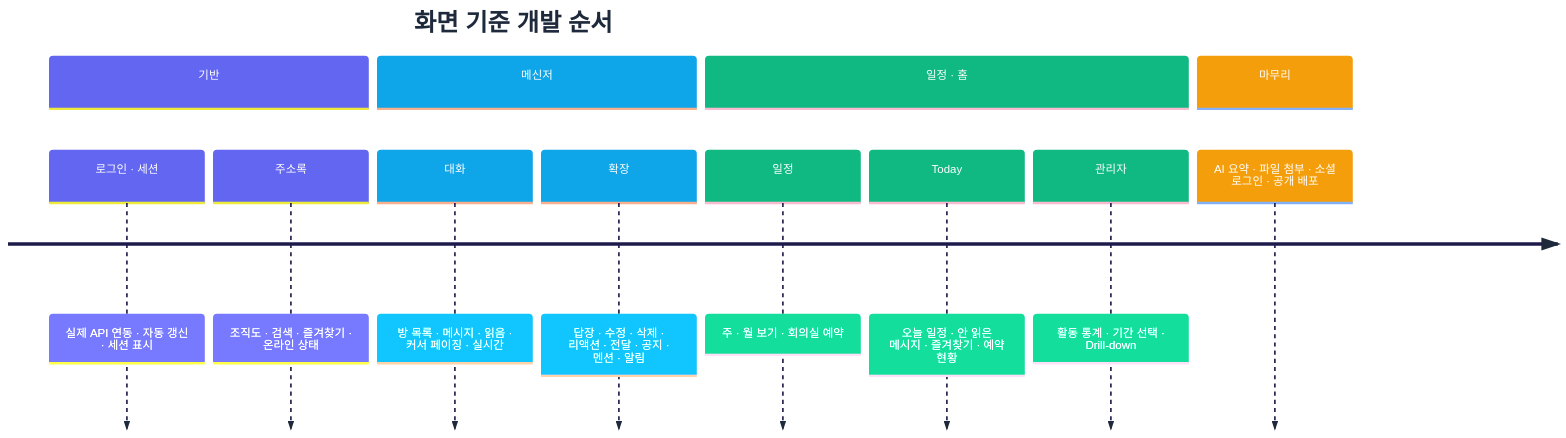
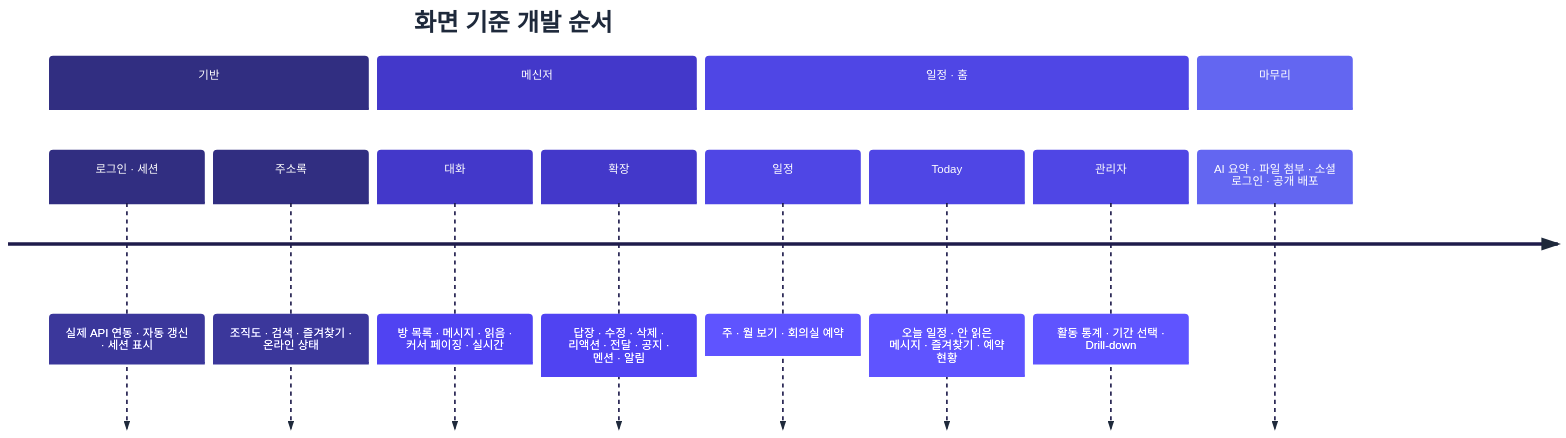
Before and after one commit to wjsgusdn12/naverworks_clone_front: the diagram in docs/diagrams/roadmap.mmd, drawn with Mermaid. The commit also changed 19 other files, not shown here.

```diff
--- a/docs/diagrams/roadmap.mmd
+++ b/docs/diagrams/roadmap.mmd
@@ -1,61 +1,71 @@
 ---
 config:
   theme: base
   fontFamily: "Pretendard, Malgun Gothic, Apple SD Gothic Neo, Noto Sans KR, sans-serif"
   markdownAutoWrap: false
   themeVariables:
     fontSize: 14px
     primaryColor: "#eef2ff"
     primaryTextColor: "#1e1b4b"
     primaryBorderColor: "#818cf8"
     secondaryColor: "#f0f9ff"
     secondaryBorderColor: "#7dd3fc"
     tertiaryColor: "#f8fafc"
     tertiaryBorderColor: "#cbd5e1"
     lineColor: "#64748b"
     textColor: "#1e293b"
     clusterBkg: "#f8fafc"
     clusterBorder: "#cbd5e1"
     edgeLabelBackground: "#ffffff"
     nodeBorder: "#818cf8"
     mainBkg: "#eef2ff"
     actorBkg: "#eef2ff"
     actorBorder: "#818cf8"
     actorTextColor: "#1e1b4b"
     actorLineColor: "#cbd5e1"
     signalColor: "#334155"
     signalTextColor: "#334155"
     labelBoxBkgColor: "#f1f5f9"
     labelBoxBorderColor: "#cbd5e1"
     noteBkgColor: "#fef3c7"
     noteBorderColor: "#fbbf24"
     noteTextColor: "#78350f"
     activationBkgColor: "#e0e7ff"
     activationBorderColor: "#818cf8"
-    cScale0: "#6366f1"
-    cScale1: "#0ea5e9"
-    cScale2: "#10b981"
-    cScale3: "#f59e0b"
-    cScale4: "#ec4899"
+    cScale0: "#312e81"
+    cScale1: "#4338ca"
+    cScale2: "#4f46e5"
+    cScale3: "#6366f1"
+    cScale4: "#818cf8"
     cScaleLabel0: "#ffffff"
     cScaleLabel1: "#ffffff"
     cScaleLabel2: "#ffffff"
     cScaleLabel3: "#ffffff"
     cScaleLabel4: "#ffffff"
+    cScalePeer0: "#312e81"
+    cScalePeer1: "#4338ca"
+    cScalePeer2: "#4f46e5"
+    cScalePeer3: "#6366f1"
+    cScalePeer4: "#818cf8"
+    cScaleInv0: "#312e81"
+    cScaleInv1: "#4338ca"
+    cScaleInv2: "#4f46e5"
+    cScaleInv3: "#6366f1"
+    cScaleInv4: "#818cf8"
     attributeBackgroundColorEven: "#f8fafc"
     attributeBackgroundColorOdd: "#ffffff"
 ---
 timeline
     title 화면 기준 개발 순서
     section 기반
         로그인 · 세션 : 실제 API 연동 · 자동 갱신 · 세션 표시
         주소록 : 조직도 · 검색 · 즐겨찾기 · 온라인 상태
     section 메신저
         대화 : 방 목록 · 메시지 · 읽음 · 커서 페이징 · 실시간
         확장 : 답장 · 수정 · 삭제 · 리액션 · 전달 · 공지 · 멘션 · 알림
     section 일정 · 홈
         일정 : 주 · 월 보기 · 회의실 예약
         Today : 오늘 일정 · 안 읽은 메시지 · 즐겨찾기 · 예약 현황
         관리자 : 활동 통계 · 기간 선택 · Drill-down
     section 마무리
         AI 요약 · 파일 첨부 · 소셜 로그인 · 공개 배포
```
